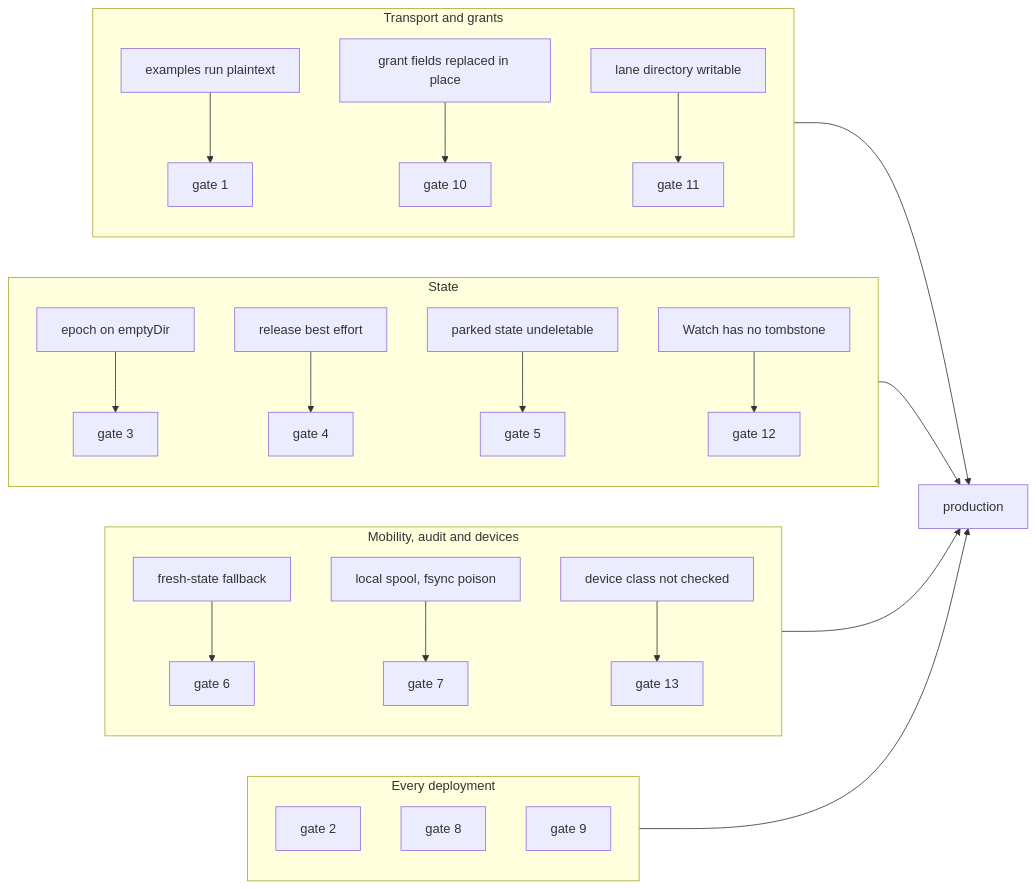
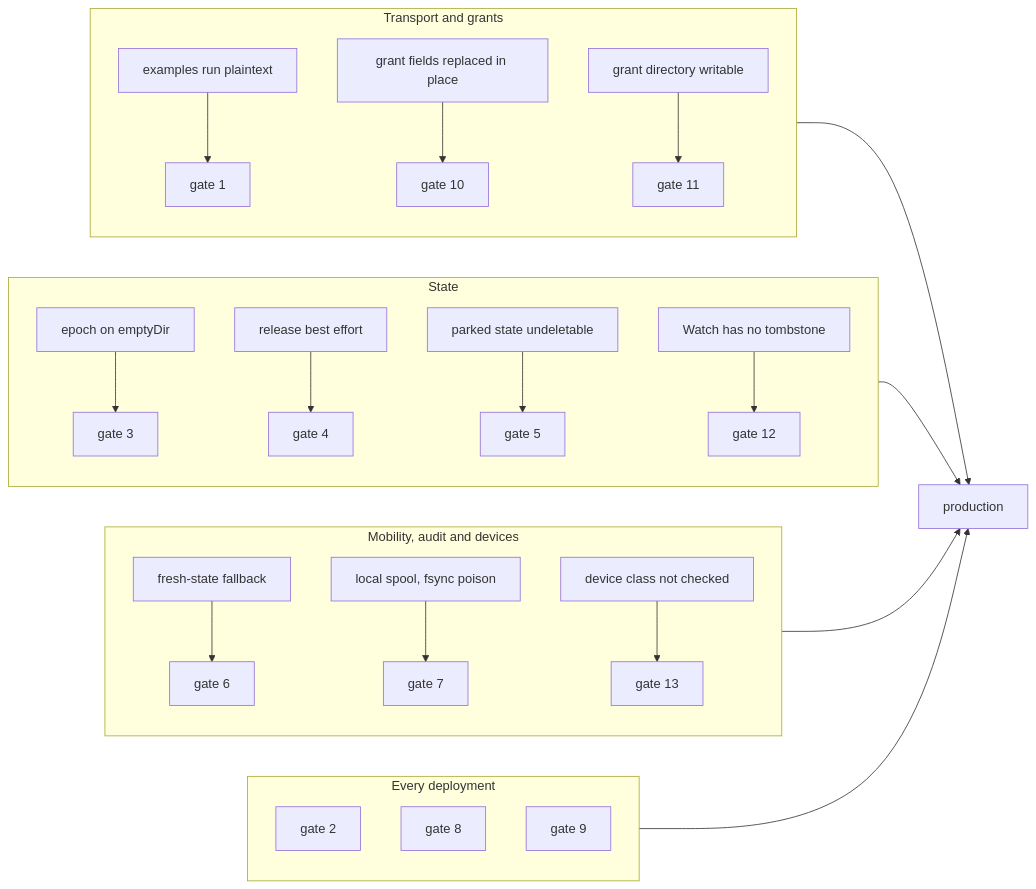
Before and after one commit to helayoty/fiberd: the diagram in docs/design/readiness.md, drawn with Mermaid. The commit also changed other lines of this file and 286 other files, not shown here.

````diff
--- a/docs/design/readiness.md
+++ b/docs/design/readiness.md
@@ -11,25 +11,25 @@
 ```mermaid
 flowchart LR
   subgraph T[Transport and grants]
     P[examples run plaintext] --> G1[gate 1]
     GF[grant fields replaced in place] --> G10[gate 10]
-    LD[lane directory writable] --> G11[gate 11]
+    LD[grant directory writable] --> G11[gate 11]
   end
   subgraph S[State]
     E[epoch on emptyDir] --> G3[gate 3]
     R[release best effort] --> G4[gate 4]
     D[parked state undeletable] --> G5[gate 5]
     W[Watch has no tombstone] --> G12[gate 12]
   end
   subgraph M[Mobility, audit and devices]
     C[fresh-state fallback] --> G6[gate 6]
     A[local spool, fsync poison] --> G7[gate 7]
     DC[device class not checked] --> G13[gate 13]
   end
   subgraph X[Every deployment]
     G2[gate 2]
     G8[gate 8]
     G9[gate 9]
   end
   T & S & M & X --> OK[production]
 ```
````
